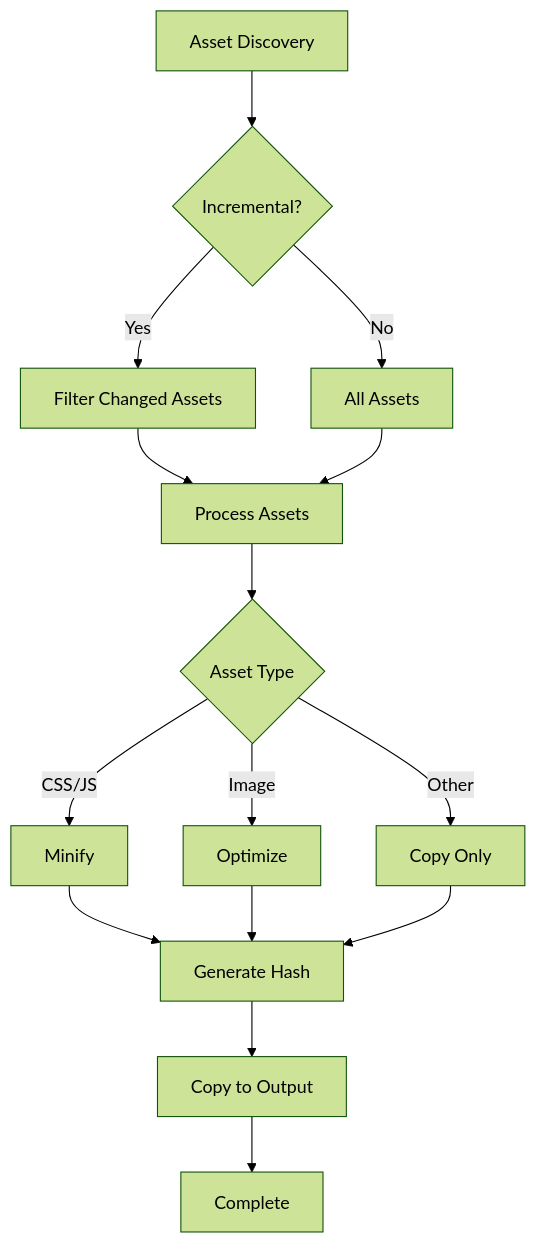
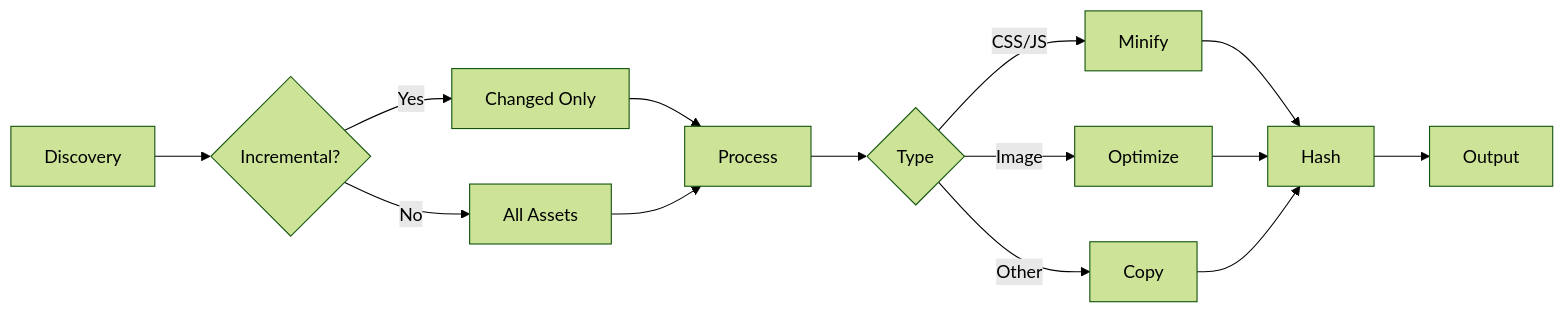
One commit to lbliii/bengal changed the diagram in site/content/docs/reference/architecture/rendering/assets-pipeline.md. Above: the diagram before and after it, drawn with Mermaid (forest theme). The commit also changed other lines of this file and 57 other files, not shown here.

````diff
--- a/site/content/docs/reference/architecture/rendering/assets-pipeline.md
+++ b/site/content/docs/reference/architecture/rendering/assets-pipeline.md
@@ -155,23 +24,16 @@
 ```mermaid
-flowchart TD
-    Start[Asset Discovery] --> Filter{Incremental?}
-
-    Filter -->|Yes| Changed[Filter Changed Assets]
-    Filter -->|No| All[All Assets]
-
-    Changed --> Process[Process Assets]
-    All --> Process
-
-    Process --> Check{Asset Type}
-
-    Check -->|CSS/JS| Minify[Minify]
-    Check -->|Image| Optimize[Optimize]
-    Check -->|Other| Copy[Copy Only]
-
-    Minify --> Hash[Generate Hash]
-    Optimize --> Hash
-    Copy --> Hash
-
-    Hash --> Output[Copy to Output]
-    Output --> Done[Complete]
+flowchart LR
+    A[Discovery] --> B{Incremental?}
+    B -->|Yes| C[Changed Only]
+    B -->|No| D[All Assets]
+    C --> E[Process]
+    D --> E
+    E --> F{Type}
+    F -->|CSS/JS| G[Minify]
+    F -->|Image| H[Optimize]
+    F -->|Other| I[Copy]
+    G --> J[Hash]
+    H --> J
+    I --> J
+    J --> K[Output]
 ```
````
